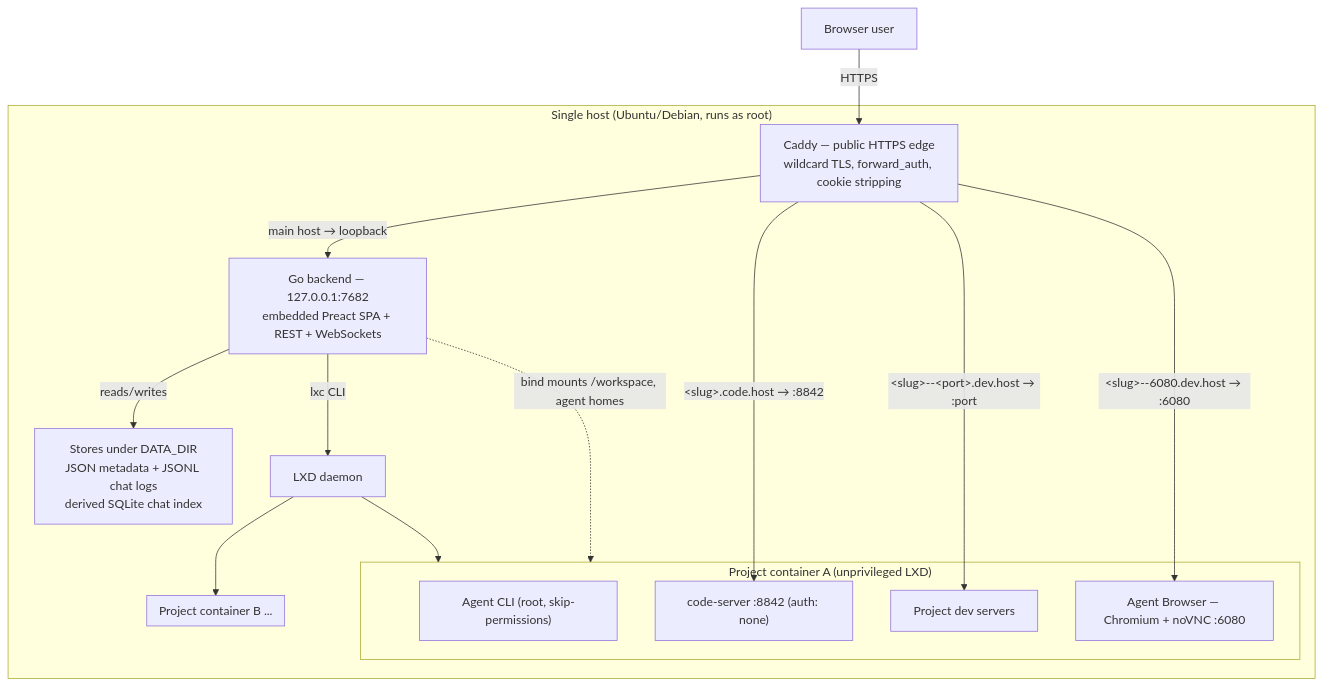
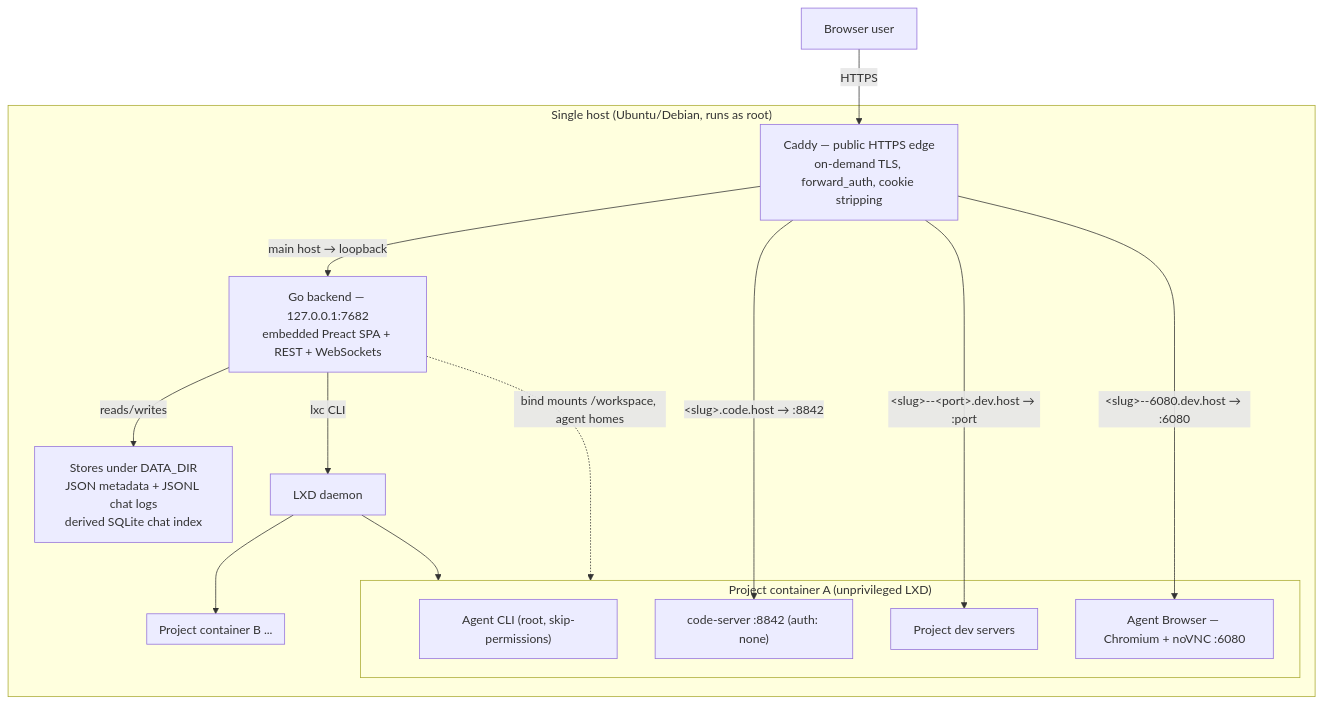
Before and after one commit to AbdallahMohamedDotnet/remote.futrx: the first of 2 diagrams in ARCHITECTURE.md, drawn with Mermaid. The commit also changed other lines of this file and 47 other files, not shown here.

Commit message:
Limit wildcard HTTPS to Code Server hosts; restore existing previews

````diff
--- a/ARCHITECTURE.md
+++ b/ARCHITECTURE.md
@@ -18,31 +18,31 @@
 ```mermaid
 flowchart TB
     User["Browser user"]
 
     subgraph Host["Single host (Ubuntu/Debian, runs as root)"]
-        Caddy["Caddy — public HTTPS edge<br/>wildcard TLS, forward_auth, cookie stripping"]
+        Caddy["Caddy — public HTTPS edge<br/>on-demand TLS, forward_auth, cookie stripping"]
         Go["Go backend — 127.0.0.1:7682<br/>embedded Preact SPA + REST + WebSockets"]
         Stores["Stores under DATA_DIR<br/>JSON metadata + JSONL chat logs<br/>derived SQLite chat index"]
         LXD["LXD daemon"]
 
         subgraph C1["Project container A (unprivileged LXD)"]
             AgentA["Agent CLI (root, skip-permissions)"]
             IDEA["code-server :8842 (auth: none)"]
             AppA["Project dev servers"]
             BrowA["Agent Browser — Chromium + noVNC :6080"]
         end
         subgraph C2["Project container B ..."]
         end
     end
 
     User -->|HTTPS| Caddy
     Caddy -->|"main host → loopback"| Go
     Caddy -->|"&lt;slug&gt;.code.host → :8842"| IDEA
     Caddy -->|"&lt;slug&gt;--&lt;port&gt;.dev.host → :port"| AppA
     Caddy -->|"&lt;slug&gt;--6080.dev.host → :6080"| BrowA
     Go -->|reads/writes| Stores
     Go -->|lxc CLI| LXD
     LXD --> C1
     LXD --> C2
     Go -.->|"bind mounts /workspace, agent homes"| C1
 ```
````
